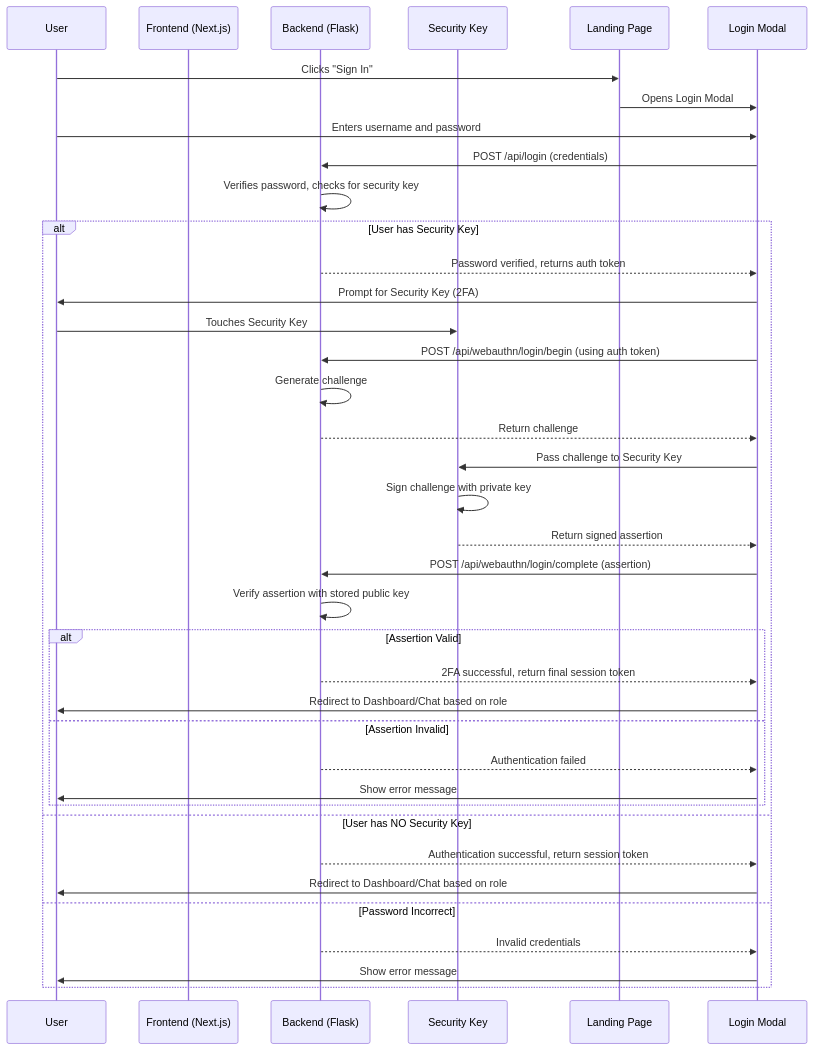
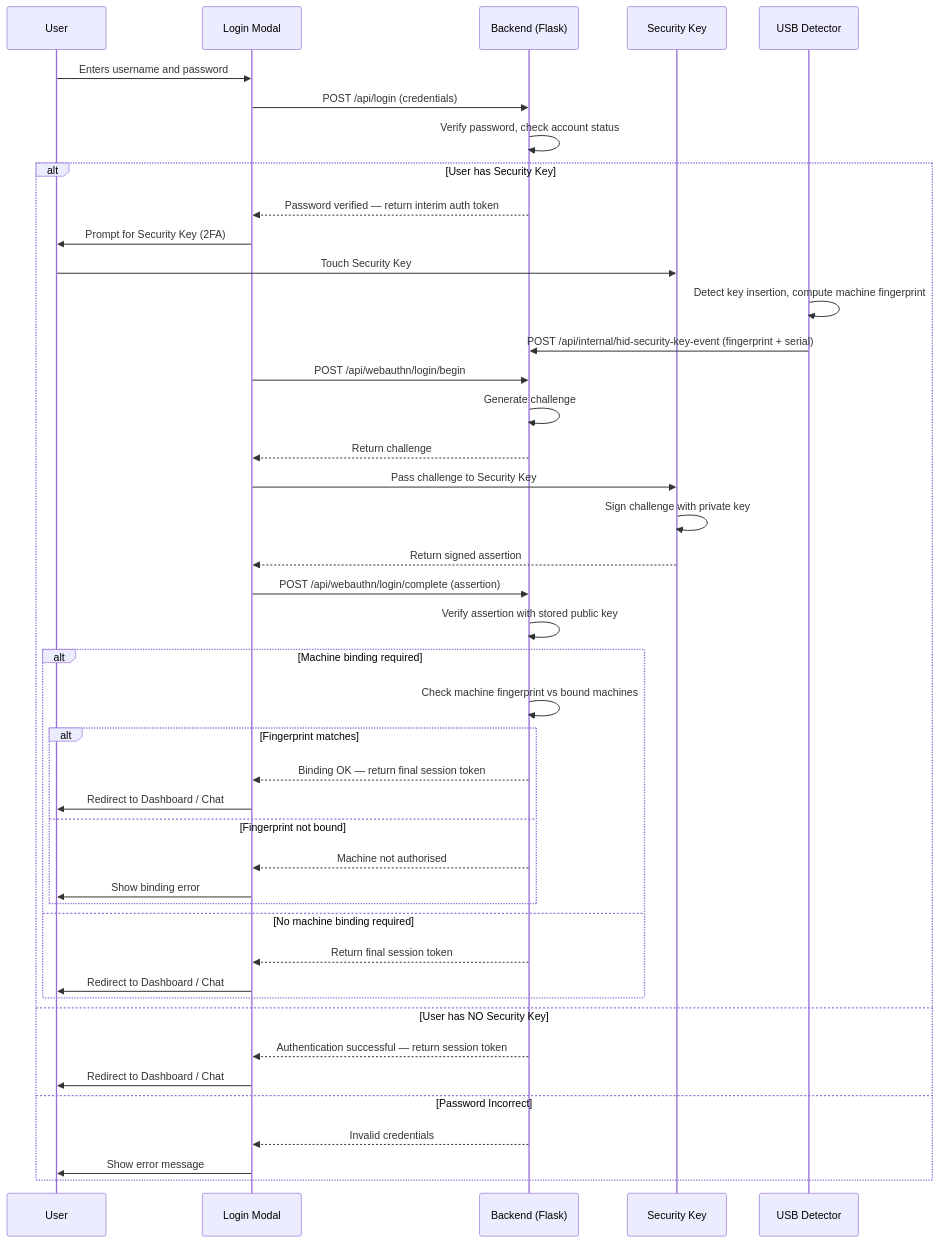
Before and after one commit to Njihia413/argus-ai-secure-poc: the second of 2 diagrams in README.md, drawn with Mermaid. The commit also changed other lines of this file, not shown here.

Commit message:
docs: update README with comprehensive system architecture, feature breakdown, and technology stack specifications

````diff
--- a/README.md
+++ b/README.md
@@ -232,45 +299,49 @@
 ```mermaid
 sequenceDiagram
     participant U as User
-    participant FE as Frontend (Next.js)
-    participant BE as Backend (Flask)
-    participant SK as Security Key
-
-    participant U as User
-    participant LP as Landing Page
     participant LM as Login Modal
     participant BE as Backend (Flask)
     participant SK as Security Key
+    participant WS as USB Detector
 
-    U->>LP: Clicks "Sign In"
-    LP->>LM: Opens Login Modal
     U->>LM: Enters username and password
     LM->>BE: POST /api/login (credentials)
-    BE->>BE: Verifies password, checks for security key
+    BE->>BE: Verify password, check account status
+
     alt User has Security Key
-        BE-->>LM: Password verified, returns auth token
+        BE-->>LM: Password verified — return interim auth token
         LM->>U: Prompt for Security Key (2FA)
-        U->>SK: Touches Security Key
-        LM->>BE: POST /api/webauthn/login/begin (using auth token)
+        U->>SK: Touch Security Key
+        WS->>WS: Detect key insertion, compute machine fingerprint
+        WS->>BE: POST /api/internal/hid-security-key-event (fingerprint + serial)
+        LM->>BE: POST /api/webauthn/login/begin
         BE->>BE: Generate challenge
         BE-->>LM: Return challenge
         LM->>SK: Pass challenge to Security Key
         SK->>SK: Sign challenge with private key
         SK-->>LM: Return signed assertion
         LM->>BE: POST /api/webauthn/login/complete (assertion)
         BE->>BE: Verify assertion with stored public key
-        alt Assertion Valid
-            BE-->>LM: 2FA successful, return final session token
-            LM->>U: Redirect to Dashboard/Chat based on role
-        else Assertion Invalid
-            BE-->>LM: Authentication failed
-            LM->>U: Show error message
+
+        alt Machine binding required
+            BE->>BE: Check machine fingerprint vs bound machines
+            alt Fingerprint matches
+                BE-->>LM: Binding OK — return final session token
+                LM->>U: Redirect to Dashboard / Chat
+            else Fingerprint not bound
+                BE-->>LM: Machine not authorised
+                LM->>U: Show binding error
+            end
+        else No machine binding required
+            BE-->>LM: Return final session token
+            LM->>U: Redirect to Dashboard / Chat
         end
+
     else User has NO Security Key
-        BE-->>LM: Authentication successful, return session token
-        LM->>U: Redirect to Dashboard/Chat based on role
+        BE-->>LM: Authentication successful — return session token
+        LM->>U: Redirect to Dashboard / Chat
     else Password Incorrect
         BE-->>LM: Invalid credentials
         LM->>U: Show error message
     end
 ```
````
